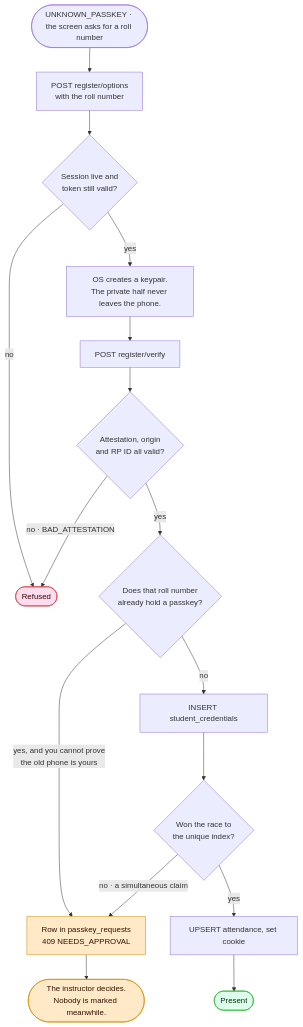
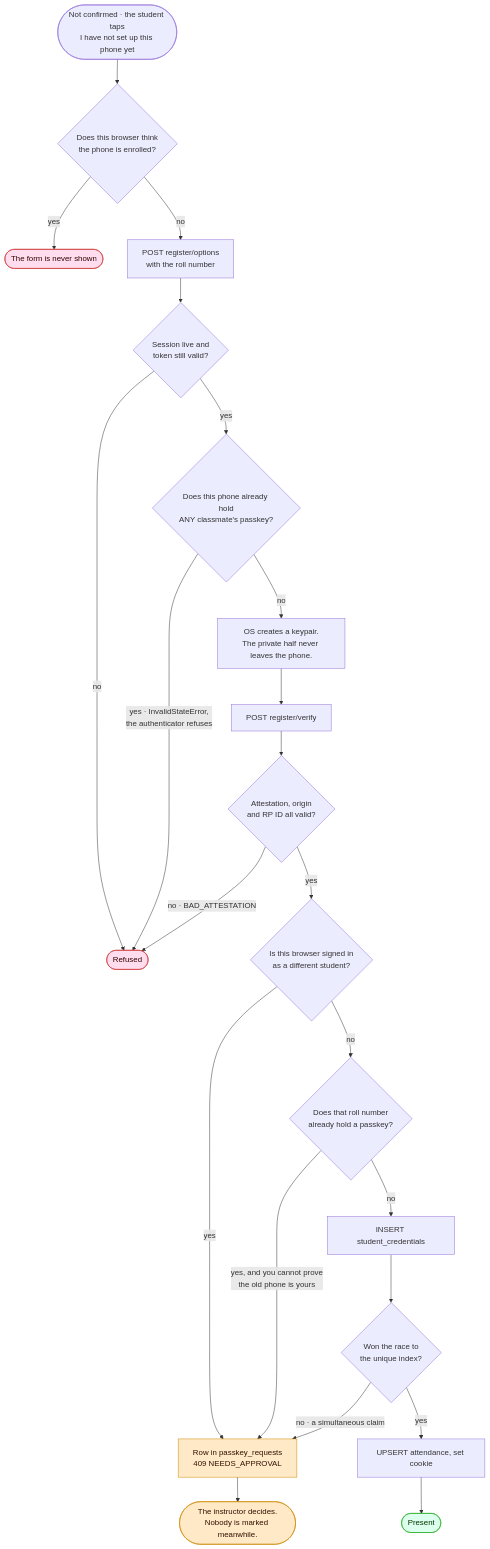
One commit to dibya-roy-sundar/APP_Attendance changed the fourth of 8 diagrams in README.md. Above: the diagram before and after it, drawn with Mermaid. The commit also changed other lines of this file and 8 other files, not shown here.

First line of the commit message:
One passkey per device: a phone can no longer collect classmates' roll numbers

````diff
--- a/README.md
+++ b/README.md
@@ -175,23 +180,29 @@
 ```mermaid
 flowchart TD
-  a(["UNKNOWN_PASSKEY · the screen asks for a roll number"]) --> opts["POST register/options<br/>with the roll number"]
+  a(["Not confirmed · the student taps<br/>I have not set up this phone yet"]) --> flag{"Does this browser think<br/>the phone is enrolled?"}
+  flag -- yes --> hide(["The form is never shown"]):::bad
+  flag -- no --> opts["POST register/options<br/>with the roll number"]
   opts --> gate{"Session live and<br/>token still valid?"}
   gate -- no --> refused
-  gate -- yes --> create["OS creates a keypair.<br/>The private half never leaves the phone."]
+  gate -- yes --> excl{"Does this phone already hold<br/>ANY classmate's passkey?"}
+  excl -- "yes · InvalidStateError,<br/>the authenticator refuses" --> refused
+  excl -- no --> create["OS creates a keypair.<br/>The private half never leaves the phone."]
   create --> verify["POST register/verify"]
   verify --> att{"Attestation, origin<br/>and RP ID all valid?"}
   att -- "no · BAD_ATTESTATION" --> refused
-  att -- yes --> taken{"Does that roll number<br/>already hold a passkey?"}
+  att -- yes --> other{"Is this browser signed in<br/>as a different student?"}
+  other -- yes --> queue
+  other -- no --> taken{"Does that roll number<br/>already hold a passkey?"}
   taken -- "yes, and you cannot prove<br/>the old phone is yours" --> queue
   taken -- no --> ins["INSERT student_credentials"]
   ins --> race{"Won the race to<br/>the unique index?"}
   race -- "no · a simultaneous claim" --> queue
   race -- yes --> mark["UPSERT attendance, set cookie"]
   mark --> done(["Present"]):::good
   queue["Row in passkey_requests<br/>409 NEEDS_APPROVAL"]:::warn --> wait(["The instructor decides.<br/>Nobody is marked meanwhile."]):::warn
   refused(["Refused"]):::bad
 
   classDef bad fill:#fde,stroke:#c33,color:#300
   classDef warn fill:#ffe9c7,stroke:#c80,color:#310
   classDef good fill:#dfe,stroke:#2a2,color:#030
 ```
````
